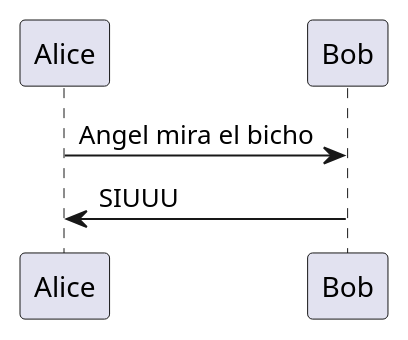
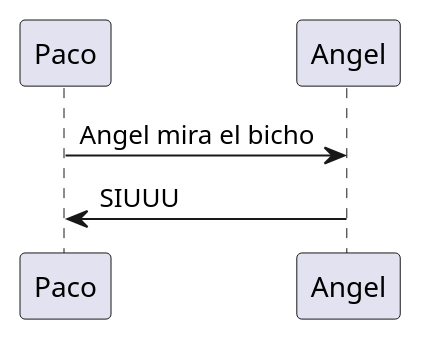
Before and after one commit to javimlopez/INRE-UAL-Azul-2022: the diagram in lab0/src/pruebaPlantUMLFranBorja.puml, drawn with PlantUML. The commit also changed 4 other files, not shown here.

```diff
--- a/lab0/src/pruebaPlantUMLFranBorja.puml
+++ b/lab0/src/pruebaPlantUMLFranBorja.puml
@@ -1,4 +1,4 @@
 @startuml
-Alice -> Bob : Angel mira el bicho
-Bob -> Alice : SIUUU
+Paco-> Angel : Angel mira el bicho
+Angel -> Paco : SIUUU
 @enduml
```
